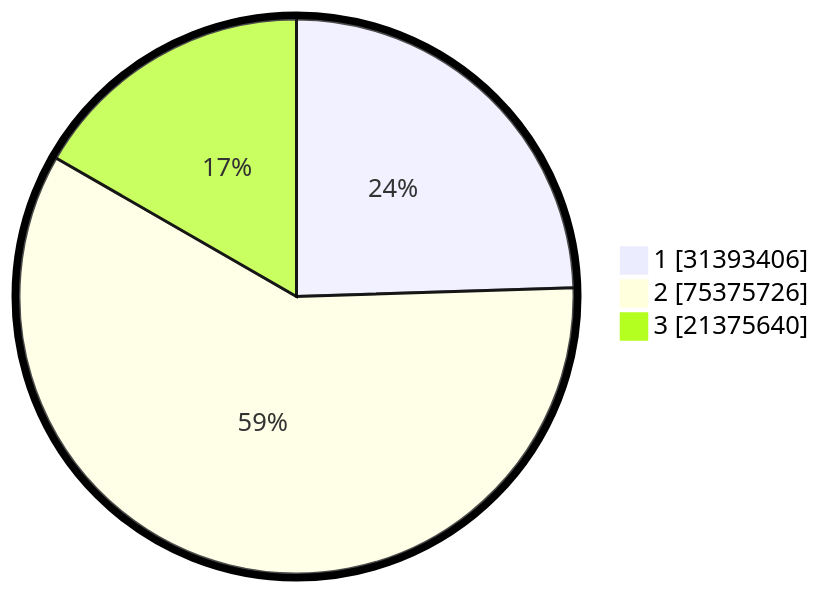
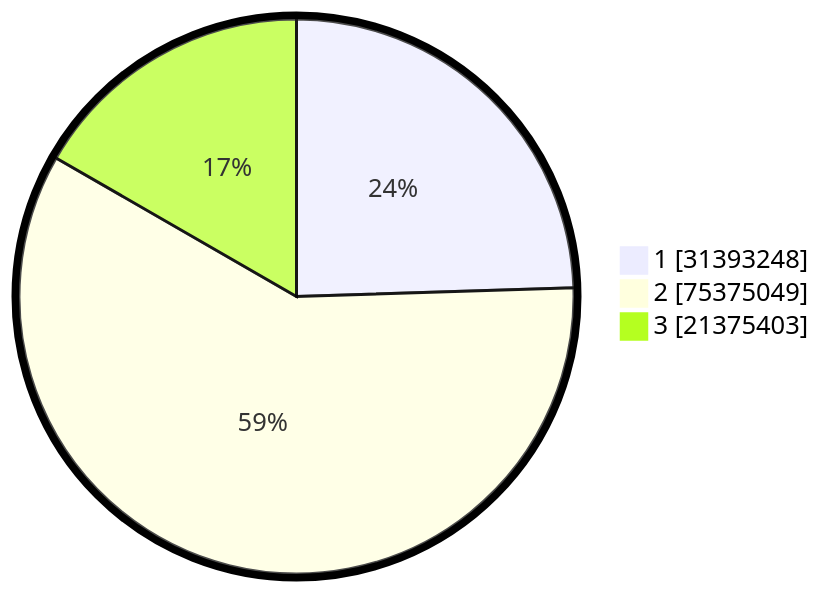
The second of 2 diagrams in pilpres/hitung-suara/README.md (gigit-pemilu/pemilu-2024), drawn with Mermaid before and after one commit. The commit also changed other lines of this file and 9 other files, not shown here.

````diff
--- a/pilpres/hitung-suara/README.md
+++ b/pilpres/hitung-suara/README.md
@@ -93,7 +93,7 @@
 ```mermaid
 %%{init: {"pie": {"textPosition": 0.5}, "themeVariables": {"pieOuterStrokeWidth": "5px"}} }%%
 pie showData
-    "1" : 31393406
-    "2" : 75375726
-    "3" : 21375640
+    "1" : 31393248
+    "2" : 75375049
+    "3" : 21375403
 ```
````
